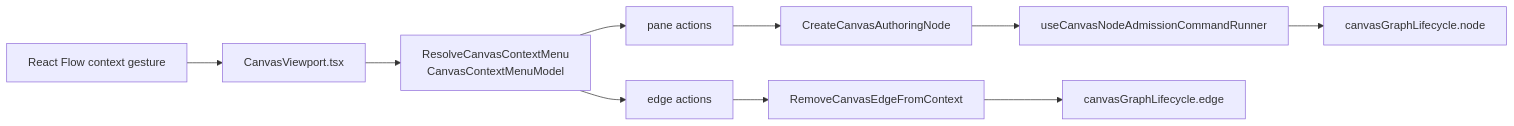
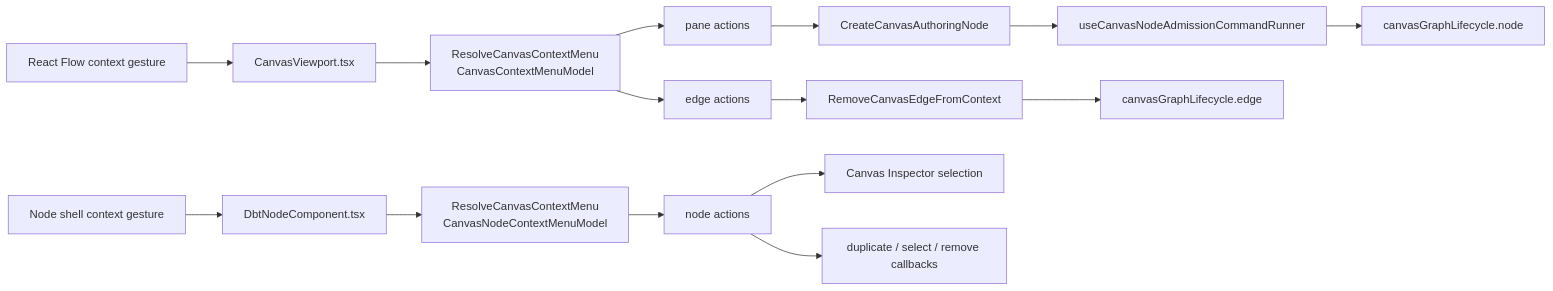
Before and after one commit to dunay2/dvt: the second of 2 diagrams in docs/architecture/components/web/graph/canvas-interaction-command-surface-component.md, drawn with Mermaid. The commit also changed other lines of this file and 12 other files, not shown here.

Commit message:
feat(web): Add canvas node properties panel

````diff
--- a/docs/architecture/components/web/graph/canvas-interaction-command-surface-component.md
+++ b/docs/architecture/components/web/graph/canvas-interaction-command-surface-component.md
@@ -110,12 +129,17 @@
 ```mermaid
 flowchart LR
   Gesture["React Flow context gesture"] --> Viewport["CanvasViewport.tsx"]
+  NodeGesture["Node shell context gesture"] --> NodeRenderer["DbtNodeComponent.tsx"]
   Viewport --> Model["ResolveCanvasContextMenu<br>CanvasContextMenuModel"]
+  NodeRenderer --> NodeModel["ResolveCanvasContextMenu<br>CanvasNodeContextMenuModel"]
   Model --> Pane["pane actions"]
   Model --> Edge["edge actions"]
+  NodeModel --> NodeActions["node actions"]
   Pane --> Create["CreateCanvasAuthoringNode"]
   Create --> Admission["useCanvasNodeAdmissionCommandRunner"]
   Admission --> NodeLifecycle["canvasGraphLifecycle.node"]
   Edge --> Remove["RemoveCanvasEdgeFromContext"]
   Remove --> EdgeLifecycle["canvasGraphLifecycle.edge"]
+  NodeActions --> Inspector["Canvas Inspector selection"]
+  NodeActions --> ExistingNodeCommands["duplicate / select / remove callbacks"]
 ```
````
